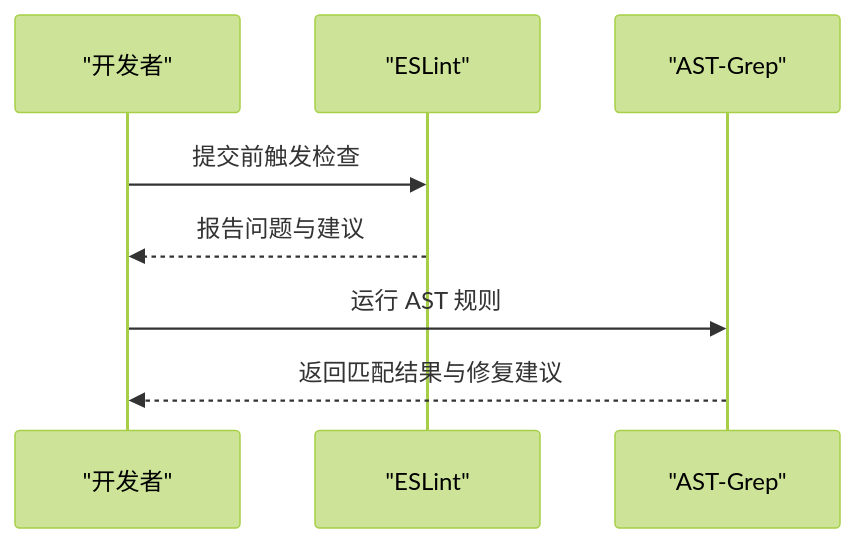
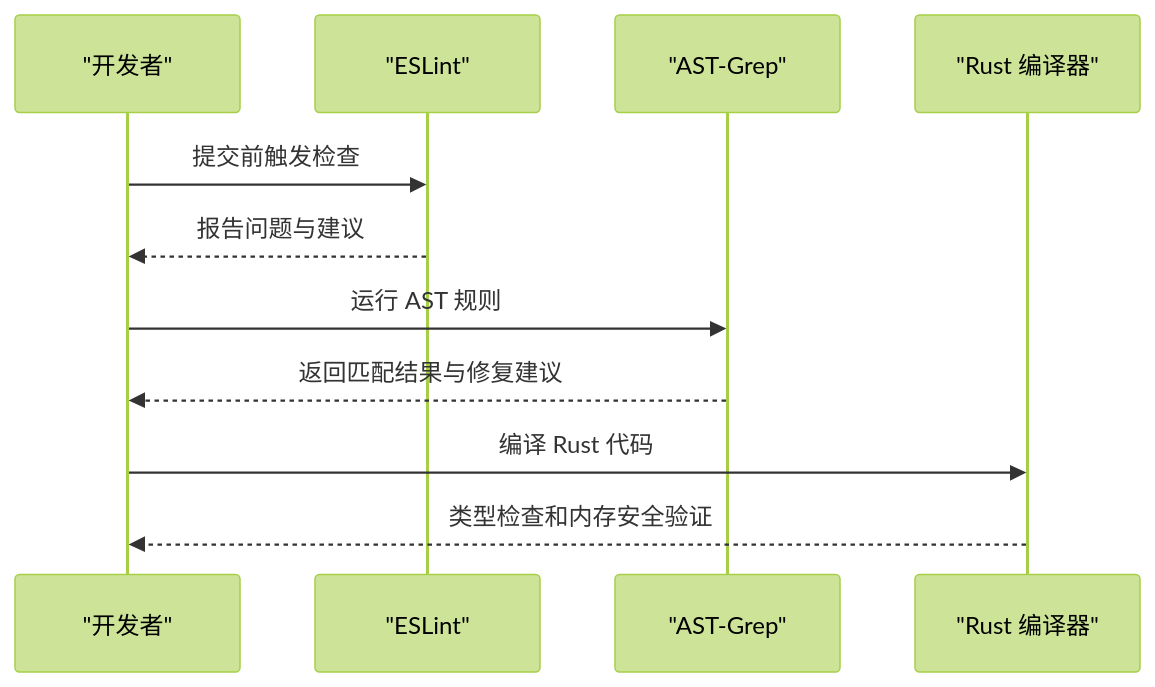
The fifth of 10 diagrams in .qoder/repowiki/zh/content/项目概述/技术栈.md (rzhangjing/cesium), drawn with Mermaid (forest theme) before and after one commit. The commit also changed other lines of this file and 60 other files, not shown here.

````diff
--- a/.qoder/repowiki/zh/content/项目概述/技术栈.md
+++ b/.qoder/repowiki/zh/content/项目概述/技术栈.md
@@ -235,10 +380,13 @@
 ```mermaid
 sequenceDiagram
 participant Dev as "开发者"
 participant Lint as "ESLint"
 participant AST as "AST-Grep"
+participant Rustc as "Rust 编译器"
 Dev->>Lint : 提交前触发检查
 Lint-->>Dev : 报告问题与建议
 Dev->>AST : 运行 AST 规则
 AST-->>Dev : 返回匹配结果与修复建议
+Dev->>Rustc : 编译 Rust 代码
+Rustc-->>Dev : 类型检查和内存安全验证
 ```
````
